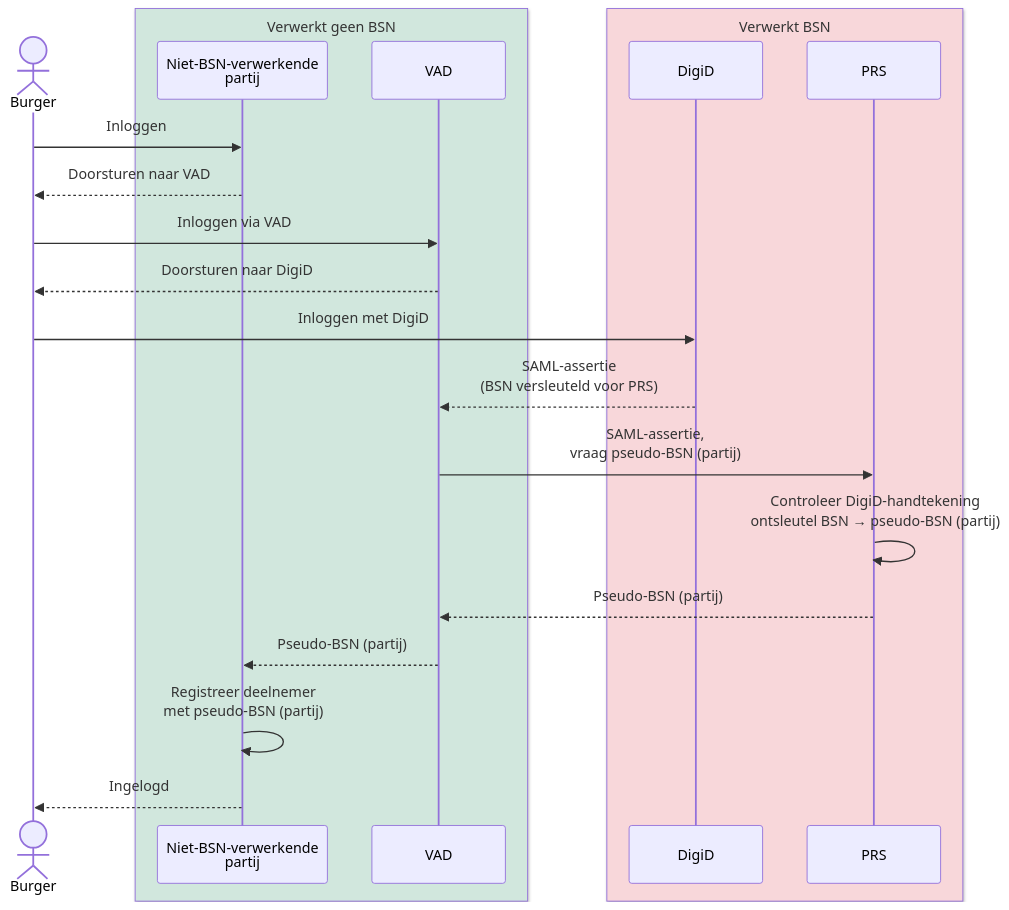
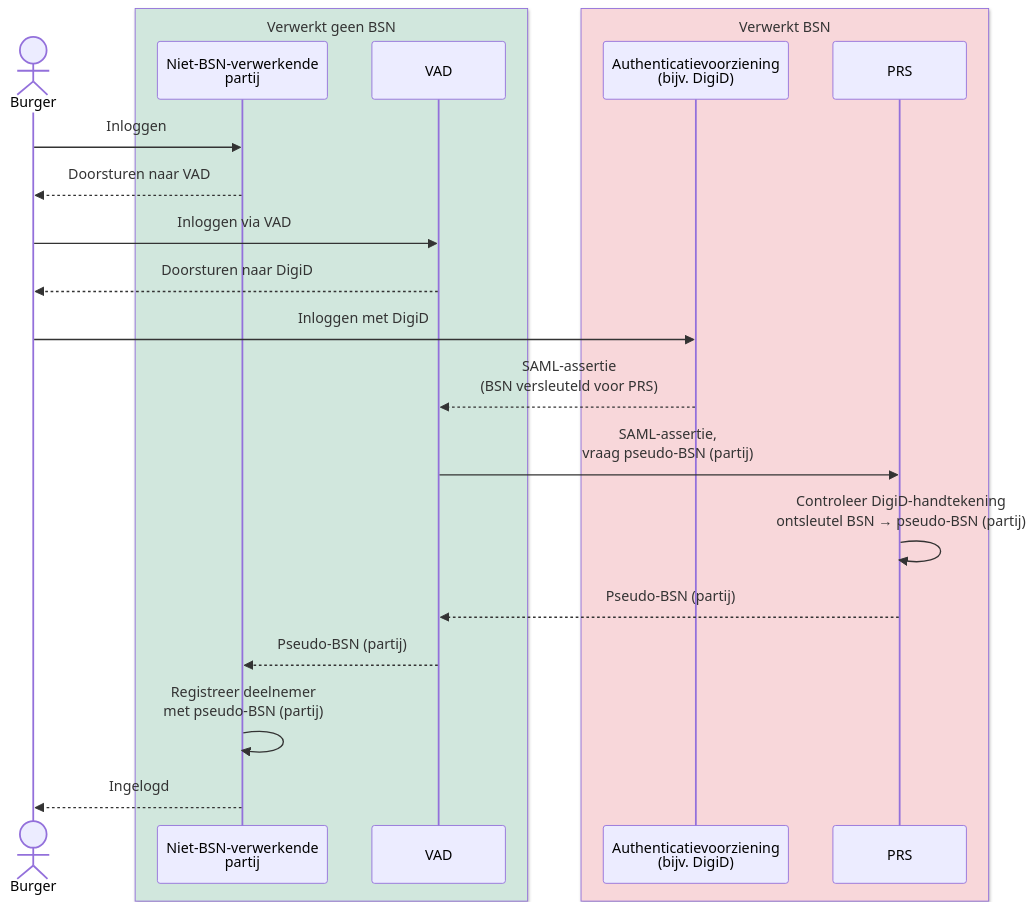
Before and after one commit to minvws/generiekefuncties-docs: the second of 8 diagrams in input/pagecontent/identification-sg.md, drawn with Mermaid. The commit also changed other lines of this file and 1 other file, not shown here.

````diff
--- a/input/pagecontent/identification-sg.md
+++ b/input/pagecontent/identification-sg.md
@@ -229,25 +230,25 @@
 ```mermaid
 sequenceDiagram
     actor burger as Burger
     box rgb(209,231,221) Verwerkt geen BSN
         participant partij as Niet-BSN-verwerkende<br/>partij
         participant vad as VAD
     end
     box rgb(248,215,218) Verwerkt BSN
-        participant digid as DigiD
+        participant digid as Authenticatievoorziening<br/>(bijv. DigiD)
         participant prs as PRS
     end
 
     burger->>partij: Inloggen
     partij-->>burger: Doorsturen naar VAD
     burger->>vad: Inloggen via VAD
     vad-->>burger: Doorsturen naar DigiD
     burger->>digid: Inloggen met DigiD
     digid-->>vad: SAML-assertie<br/>(BSN versleuteld voor PRS)
     vad->>prs: SAML-assertie,<br/>vraag pseudo-BSN (partij)
     prs->>prs: Controleer DigiD-handtekening<br/>ontsleutel BSN → pseudo-BSN (partij)
     prs-->>vad: Pseudo-BSN (partij)
     vad-->>partij: Pseudo-BSN (partij)
     partij->>partij: Registreer deelnemer<br/>met pseudo-BSN (partij)
     partij-->>burger: Ingelogd
 ```
````
